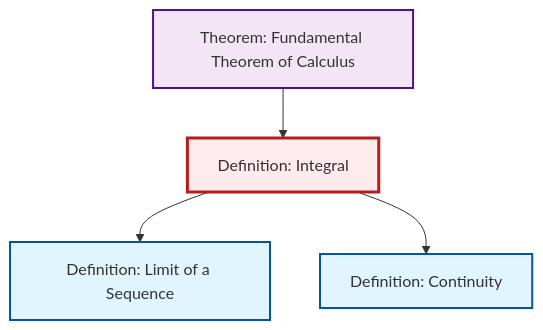
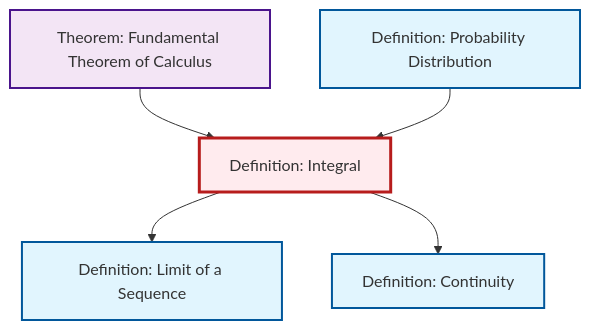
Before and after one commit to RK0429/ModernMath: the diagram in content/en/analysis/def-integral.qmd, drawn with Mermaid. The commit also changed 634 other files, not shown here.

````diff
--- a/content/en/analysis/def-integral.qmd
+++ b/content/en/analysis/def-integral.qmd
@@ -81,20 +81,23 @@
 ```{mermaid}
 %%| fig-cap: "Local dependency graph"
 graph TD
     classDef definition fill:#e1f5fe,stroke:#01579b,stroke-width:2px
     classDef theorem fill:#f3e5f5,stroke:#4a148c,stroke-width:2px
     classDef axiom fill:#fff3e0,stroke:#e65100,stroke-width:2px
     classDef example fill:#e8f5e9,stroke:#1b5e20,stroke-width:2px
     classDef current fill:#ffebee,stroke:#b71c1c,stroke-width:3px
     def-continuity["Definition: Continuity"]:::definition
+    def-probability-distribution["Definition: Probability Distribution"]:::definition
     def-integral["Definition: Integral"]:::definition
+    def-limit["Definition: Limit of a Sequence"]:::definition
     thm-fundamental-calculus["Theorem: Fundamental Theorem of Calculus"]:::theorem
-    def-limit["Definition: Limit of a Sequence"]:::definition
+    thm-fundamental-calculus --> def-integral
     def-integral --> def-limit
+    def-probability-distribution --> def-integral
     def-integral --> def-continuity
-    thm-fundamental-calculus --> def-integral
     class def-integral current
     click def-continuity "def-continuity.html" "Go to Continuity definition"
+    click def-probability-distribution "def-probability-distribution.html" "Go to Probability Distribution definition"
+    click def-limit "def-limit.html" "Go to Limit of a Sequence definition"
     click thm-fundamental-calculus "thm-fundamental-calculus.html" "Go to Fundamental Theorem of Calculus theorem"
-    click def-limit "def-limit.html" "Go to Limit of a Sequence definition"
 ```
````
